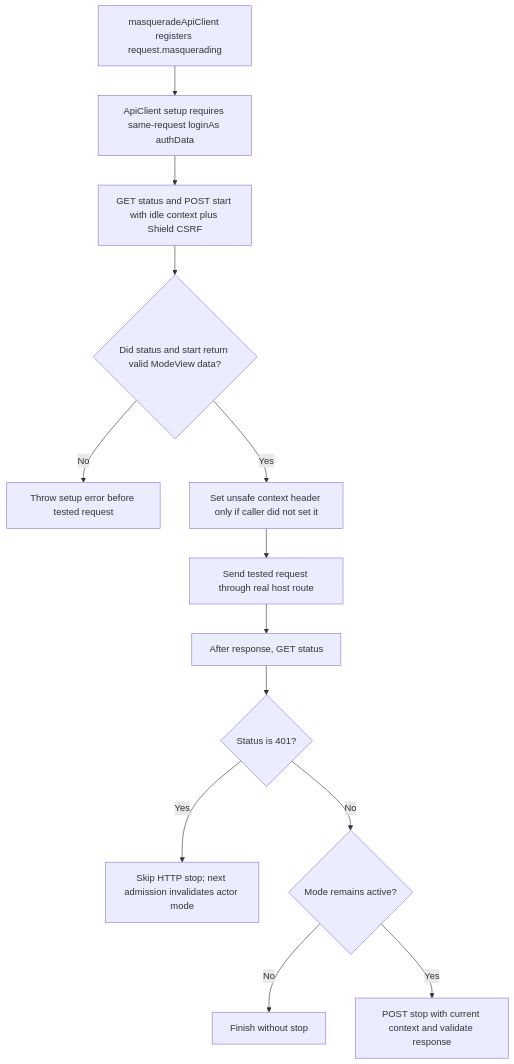
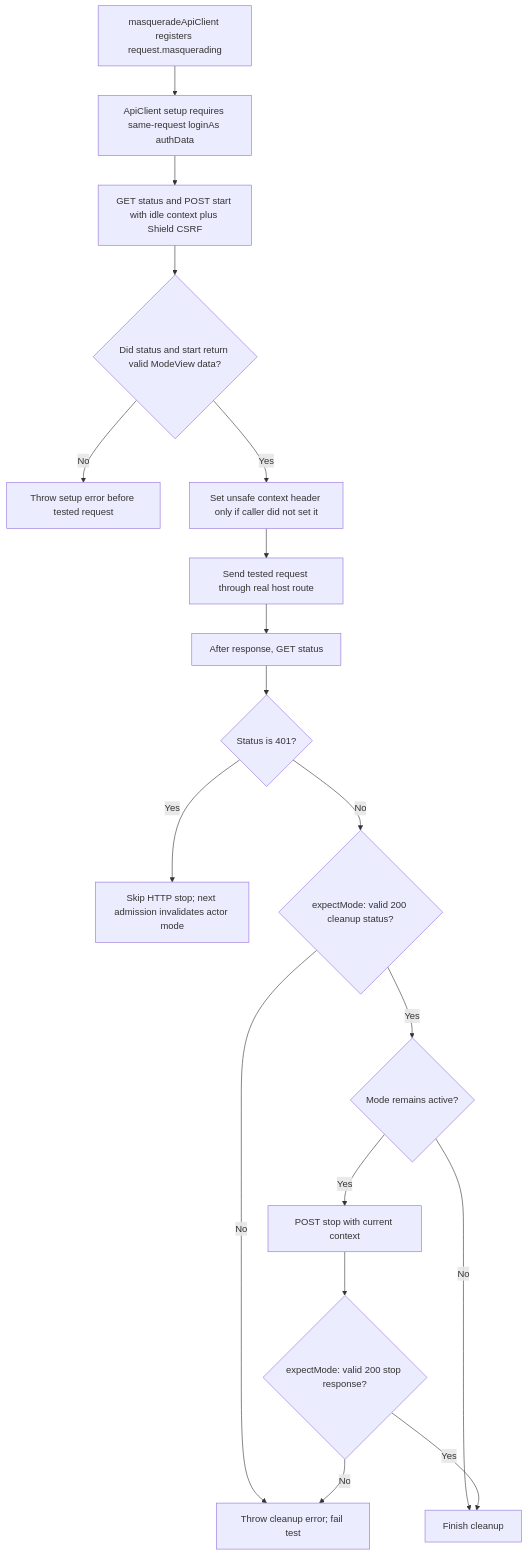
The second of 2 diagrams in user-stories/testing/us-testing-01-api-client-masquerading.md (Kevinjohn/oss-adonisjs-masquerade), drawn with Mermaid before and after one commit. The commit also changed other lines of this file and 2 other files, not shown here.

Commit message:
docs: align guard and testing cleanup flows

````diff
--- a/user-stories/testing/us-testing-01-api-client-masquerading.md
+++ b/user-stories/testing/us-testing-01-api-client-masquerading.md
@@ -38,15 +45,20 @@
 ```mermaid
 flowchart TD
  A["masqueradeApiClient registers request.masquerading"] --> B["ApiClient setup requires same-request loginAs authData"]
  B --> C["GET status and POST start with idle context plus Shield CSRF"]
  C --> D{"Did status and start return valid ModeView data?"}
  D -->|No| E["Throw setup error before tested request"]
  D -->|Yes| F["Set unsafe context header only if caller did not set it"]
  F --> G["Send tested request through real host route"]
  G --> H["After response, GET status"]
  H --> I{"Status is 401?"}
  I -->|Yes| J["Skip HTTP stop; next admission invalidates actor mode"]
- I -->|No| K{"Mode remains active?"}
- K -->|No| L["Finish without stop"]
- K -->|Yes| M["POST stop with current context and validate response"]
+ I -->|No| V{"expectMode: valid 200 cleanup status?"}
+ V -->|No| X["Throw cleanup error; fail test"]
+ V -->|Yes| K{"Mode remains active?"}
+ K -->|No| L["Finish cleanup"]
+ K -->|Yes| M["POST stop with current context"]
+ M --> W{"expectMode: valid 200 stop response?"}
+ W -->|No| X
+ W -->|Yes| L
 ```
````
